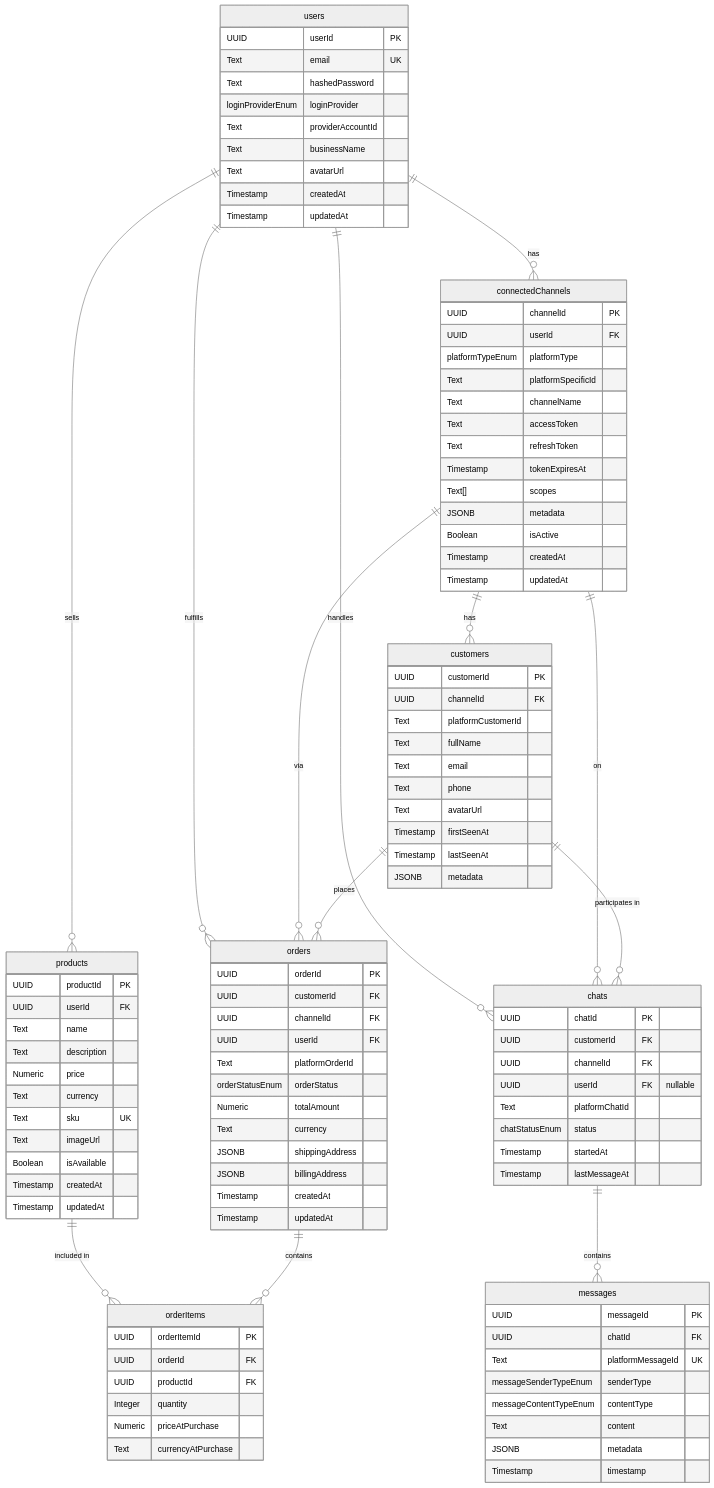
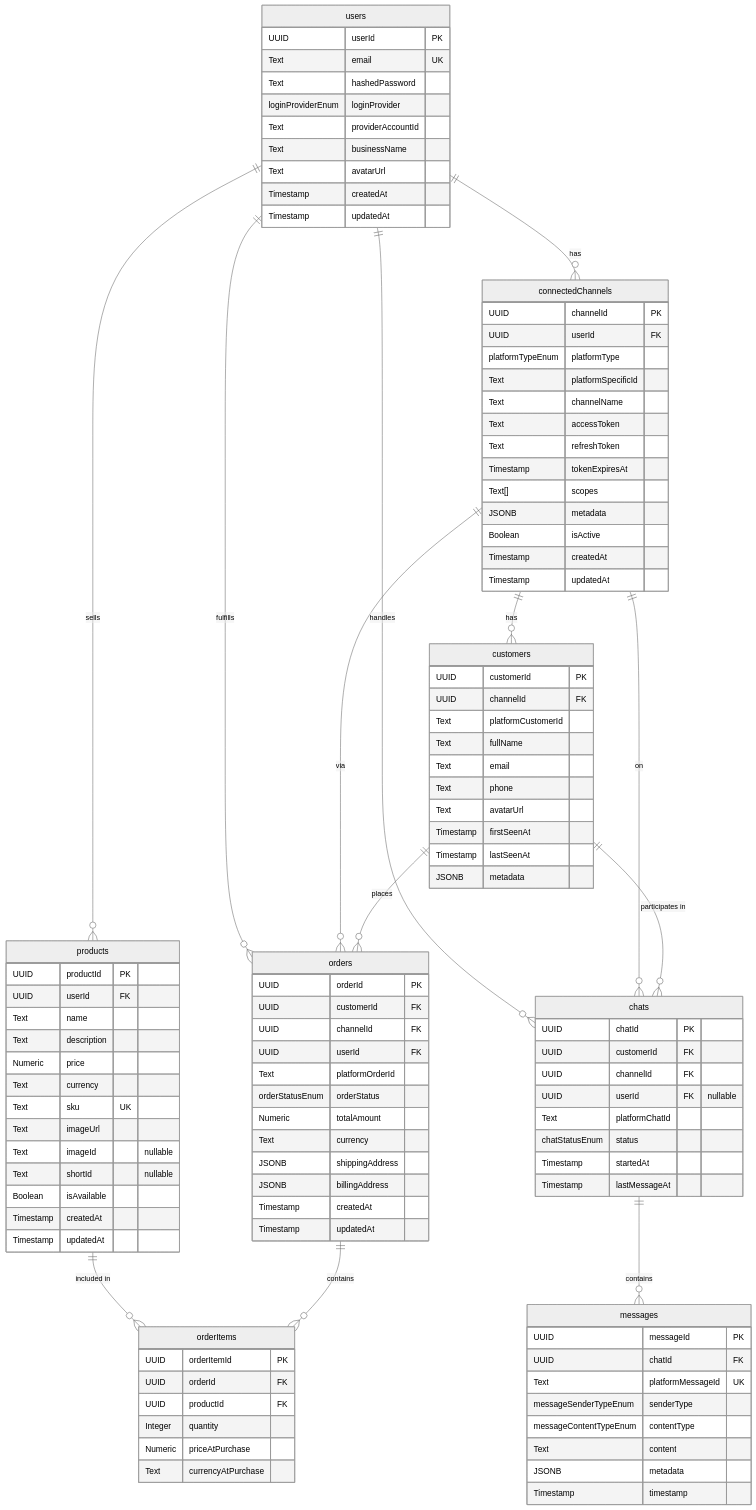
Before and after one commit to Zul-Qarnain/oryzon_test: the diagram in architecture.md, drawn with Mermaid (neutral theme). The commit also changed other lines of this file and 1 other file, not shown here.

Commit message:
Add optional fields imageId and shortId to product schema and API documentation

```diff
--- a/architecture.md
+++ b/architecture.md
@@ -213,6 +215,8 @@
         Text currency
         Text sku UK
         Text imageUrl
+        Text imageId "nullable"
+        Text shortId "nullable"
         Boolean isAvailable
         Timestamp createdAt
         Timestamp updatedAt
```
